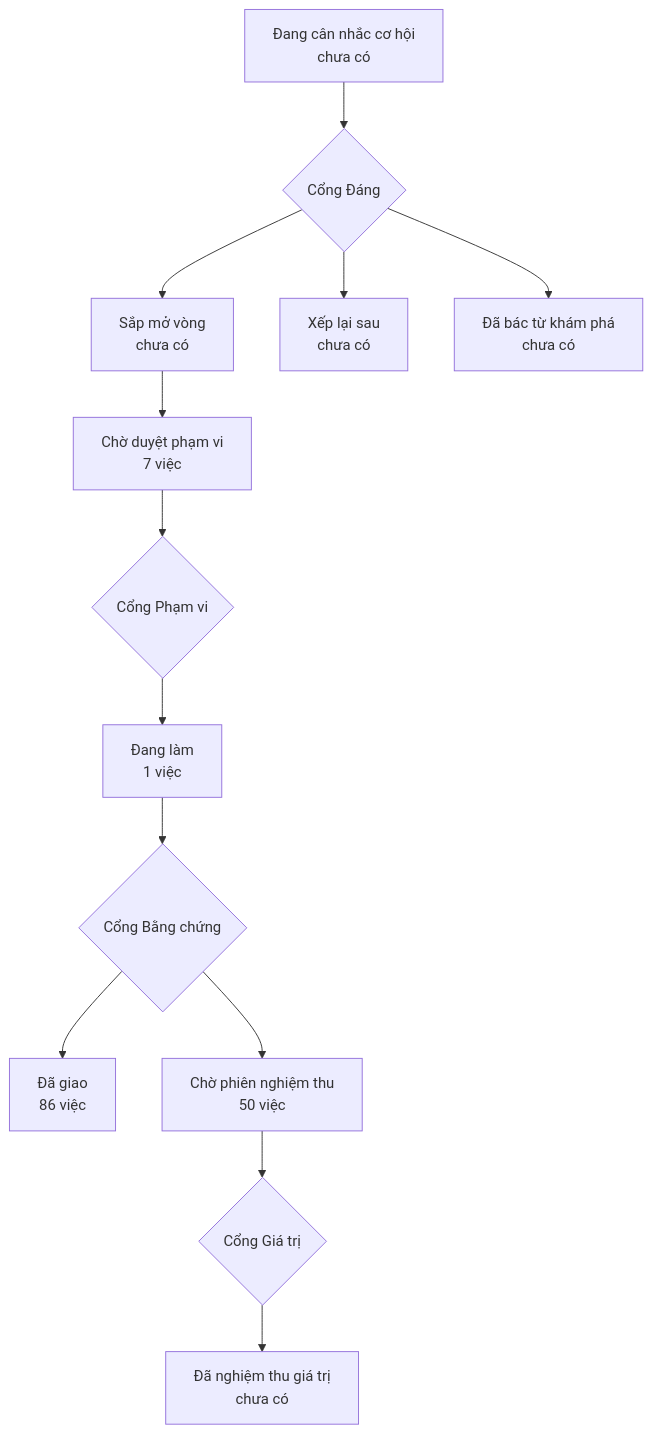
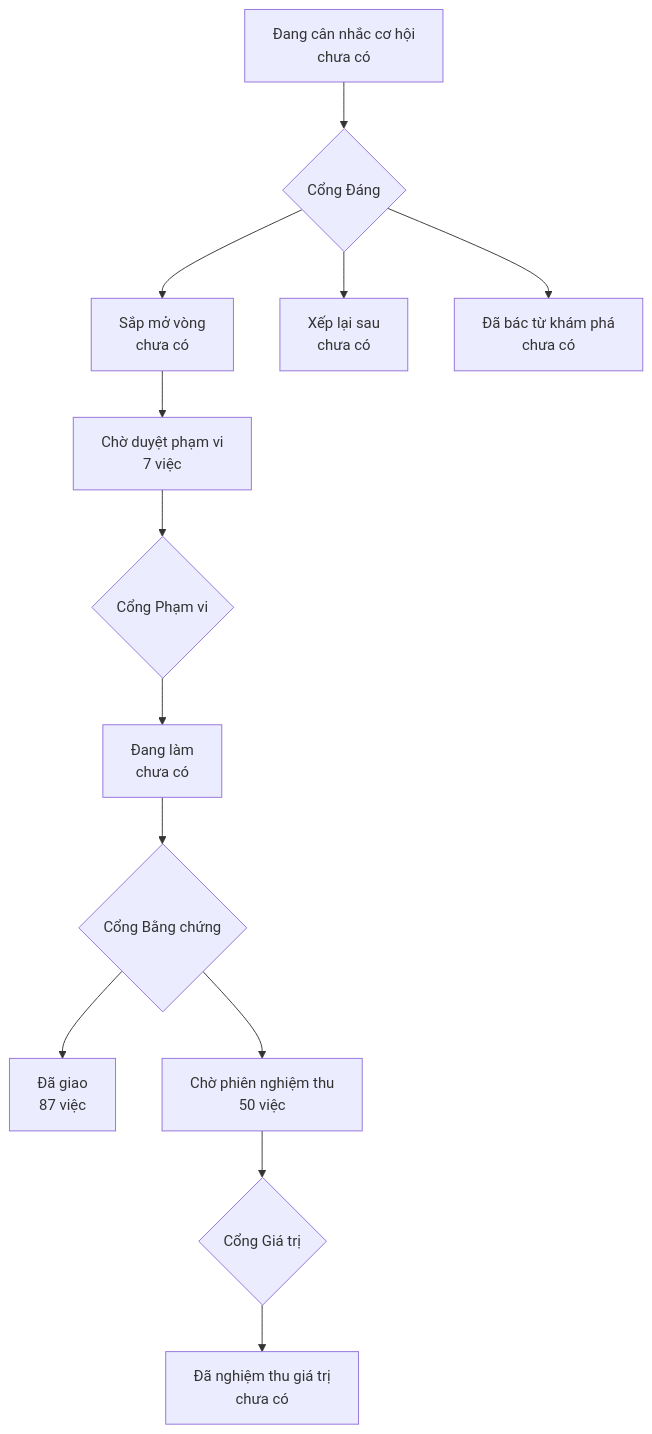
One commit to phanlemanh/onehub-invest changed the diagram in PRODUCT-MAP.md. Above: the diagram before and after it, drawn with Mermaid. The commit also changed other lines of this file and 4 other files, not shown here.

````diff
--- a/PRODUCT-MAP.md
+++ b/PRODUCT-MAP.md
@@ -7,12 +7,12 @@
 ```mermaid
 flowchart TD
   A["Đang cân nhắc cơ hội<br/>chưa có"] --> GD{"Cổng Đáng"}
   GD --> B["Sắp mở vòng<br/>chưa có"]
   GD --> XL["Xếp lại sau<br/>chưa có"]
   GD --> DB["Đã bác từ khám phá<br/>chưa có"]
   B --> CD["Chờ duyệt phạm vi<br/>7 việc"] --> GP{"Cổng Phạm vi"}
-  GP --> DL["Đang làm<br/>1 việc"] --> GB{"Cổng Bằng chứng"}
-  GB --> DG["Đã giao<br/>86 việc"]
+  GP --> DL["Đang làm<br/>chưa có"] --> GB{"Cổng Bằng chứng"}
+  GB --> DG["Đã giao<br/>87 việc"]
   GB --> CN["Chờ phiên nghiệm thu<br/>50 việc"] --> GG{"Cổng Giá trị"}
   GG --> NT["Đã nghiệm thu giá trị<br/>chưa có"]
 ```
````
